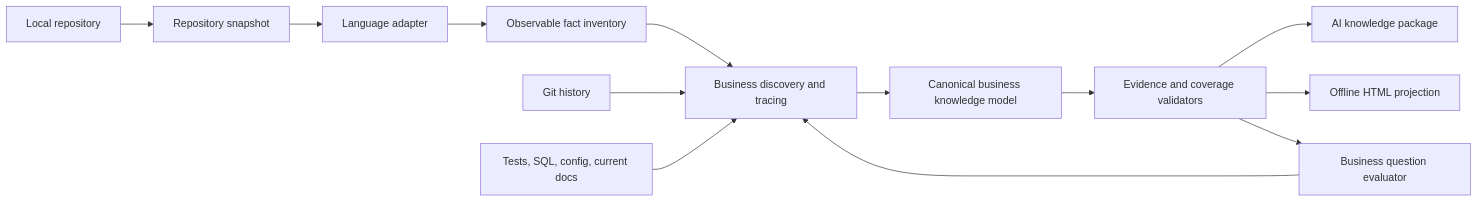
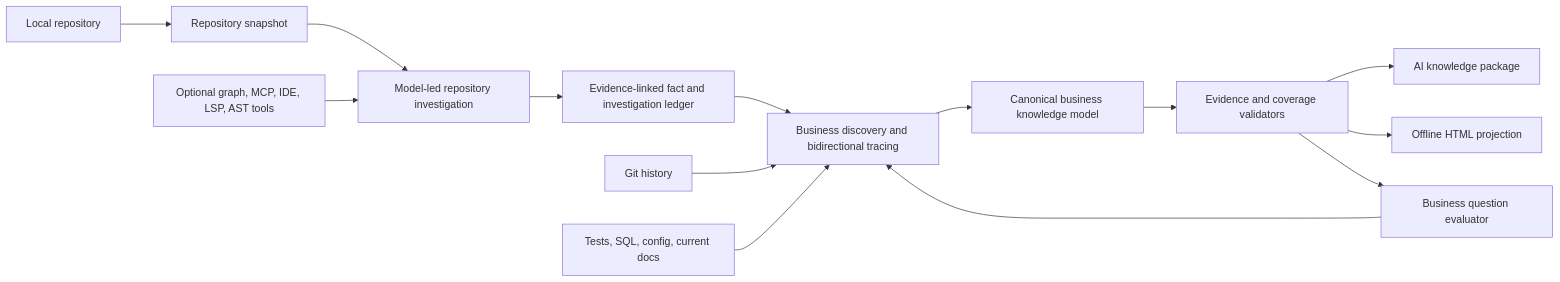
The diagram in docs/superpowers/specs/2026-08-14-leo-code-to-business-design.md (zlpawn/shrimp), drawn with Mermaid before and after one commit. The commit also changed other lines of this file, not shown here.

Commit message:
docs: make business knowledge discovery model first

````diff
--- a/docs/superpowers/specs/2026-08-14-leo-code-to-business-design.md
+++ b/docs/superpowers/specs/2026-08-14-leo-code-to-business-design.md
@@ -171,15 +172,16 @@
 ```mermaid
 flowchart LR
     R["Local repository"] --> S["Repository snapshot"]
-    S --> A["Language adapter"]
-    A --> F["Observable fact inventory"]
-    F --> D["Business discovery and tracing"]
+    S --> I["Model-led repository investigation"]
+    I --> F["Evidence-linked fact and investigation ledger"]
+    F --> D["Business discovery and bidirectional tracing"]
     D --> K["Canonical business knowledge model"]
     K --> V["Evidence and coverage validators"]
     V --> AI["AI knowledge package"]
     V --> H["Offline HTML projection"]
     G["Git history"] --> D
     T["Tests, SQL, config, current docs"] --> D
+    P["Optional graph, MCP, IDE, LSP, AST tools"] --> I
     V --> Q["Business question evaluator"]
     Q --> D
 ```
````
